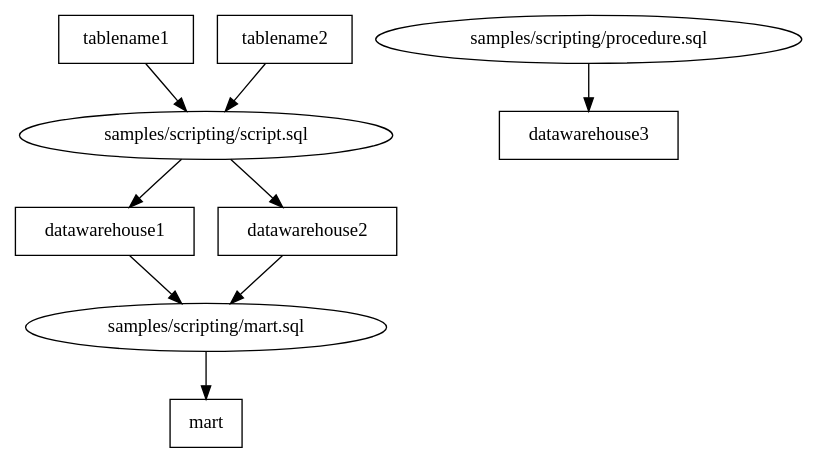
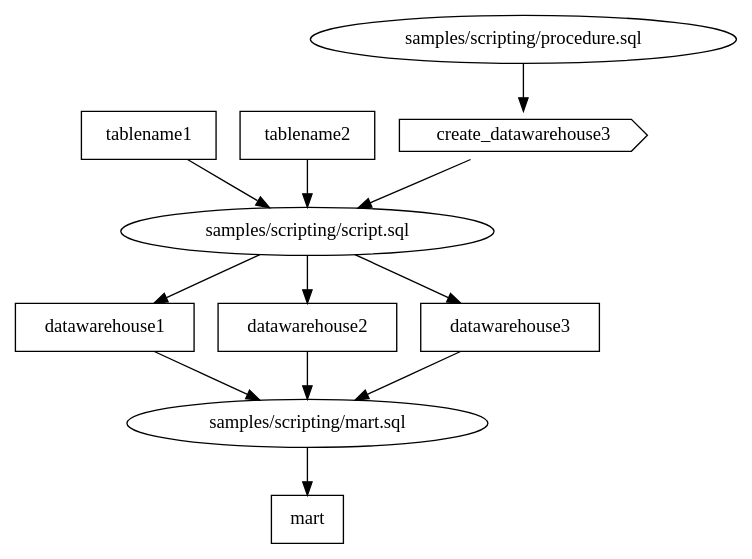
Before and after one commit to Matts966/alphasql: the diagram in samples/scripting/with_all/dag.dot, drawn with Graphviz. The commit also changed 23 other files, not shown here.

```diff
--- a/samples/scripting/with_all/dag.dot
+++ b/samples/scripting/with_all/dag.dot
@@ -1,19 +1,23 @@
 digraph G {
 0 [label="samples/scripting/mart.sql", shape="", type=query];
 1 [label="samples/scripting/procedure.sql", shape="", type=query];
 2 [label="samples/scripting/script.sql", shape="", type=query];
 3 [label=datawarehouse1, shape=box, type=table];
 4 [label=datawarehouse2, shape=box, type=table];
 5 [label=datawarehouse3, shape=box, type=table];
 6 [label=mart, shape=box, type=table];
 7 [label=tablename1, shape=box, type=table];
 8 [label=tablename2, shape=box, type=table];
+9 [label=create_datawarehouse3, shape=cds, type=function];
 0->6 ;
-1->5 ;
+1->9 ;
 2->3 ;
 2->4 ;
+2->5 ;
 3->0 ;
 4->0 ;
+5->0 ;
 7->2 ;
 8->2 ;
+9->2 ;
 }
```
